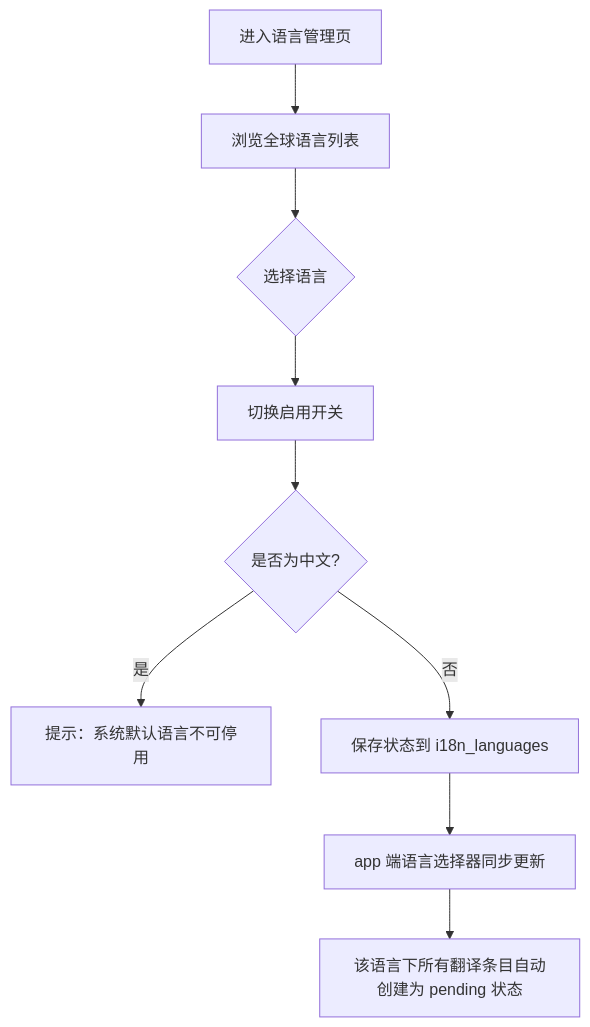
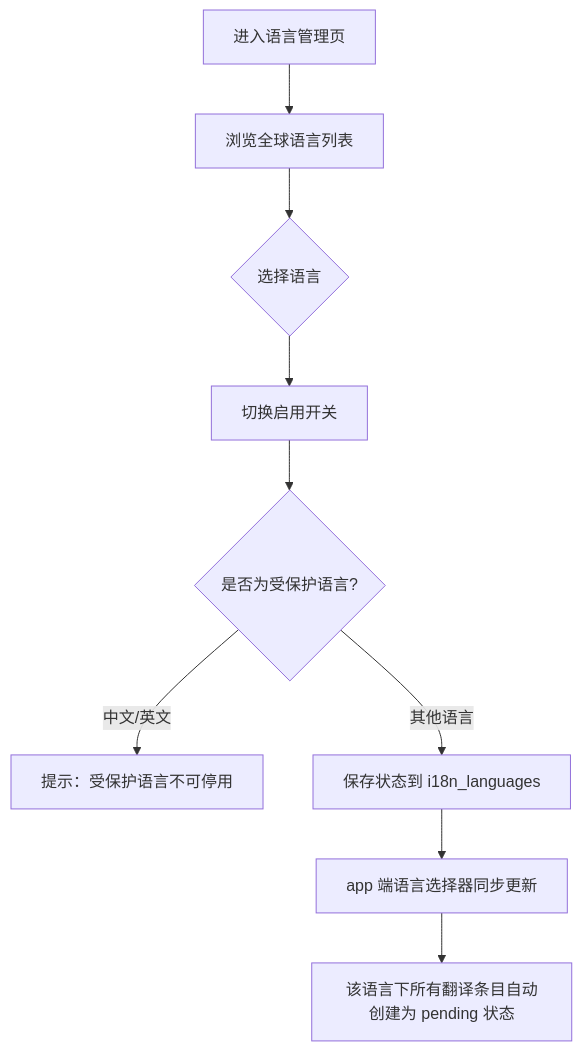
Before and after one commit to foryou2026/chinese: the first of 8 diagrams in docs/C02-ia-interaction/admin/i18n/translation-hub/02-flows.md, drawn with Mermaid. The commit also changed other lines of this file and 33 other files, not shown here.

````diff
--- a/docs/C02-ia-interaction/admin/i18n/translation-hub/02-flows.md
+++ b/docs/C02-ia-interaction/admin/i18n/translation-hub/02-flows.md
@@ -5,11 +5,11 @@
 ```mermaid
 flowchart TD
     A[进入语言管理页] --> B[浏览全球语言列表]
     B --> C{选择语言}
     C --> D[切换启用开关]
-    D --> E{是否为中文?}
-    E -->|是| F[提示：系统默认语言不可停用]
-    E -->|否| G[保存状态到 i18n_languages]
+    D --> E{是否为受保护语言?}
+    E -->|中文/英文| F[提示：受保护语言不可停用]
+    E -->|其他语言| G[保存状态到 i18n_languages]
     G --> H[app 端语言选择器同步更新]
     H --> I[该语言下所有翻译条目自动创建为 pending 状态]
 ```
````
